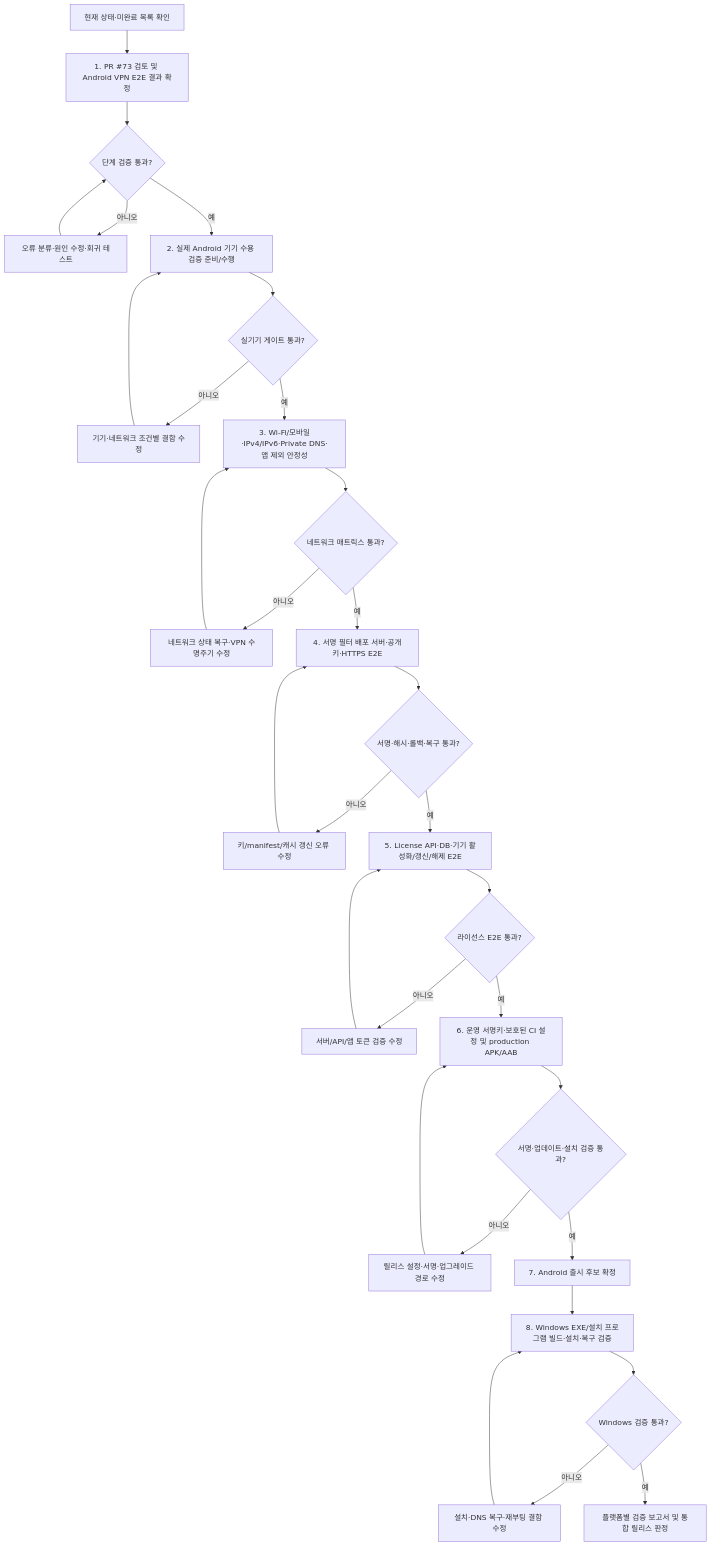
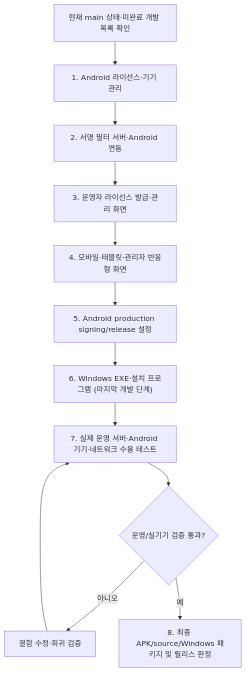
The first of 2 diagrams in docs/REMAINING_WORKFLOW_KO.md (justinhblee-prog/guardian), drawn with Mermaid before and after one commit. The commit also changed other lines of this file, not shown here.

````diff
--- a/docs/REMAINING_WORKFLOW_KO.md
+++ b/docs/REMAINING_WORKFLOW_KO.md
@@ -22,33 +23,14 @@
 ```mermaid
 flowchart TD
-    A["현재 상태·미완료 목록 확인"] --> B["1. PR #73 검토 및 Android VPN E2E 결과 확정"]
-    B --> C{"단계 검증 통과?"}
-    C -->|아니오| D["오류 분류·원인 수정·회귀 테스트"]
-    D --> C
-    C -->|예| E["2. 실제 Android 기기 수용 검증 준비/수행"]
-    E --> F{"실기기 게이트 통과?"}
-    F -->|아니오| G["기기·네트워크 조건별 결함 수정"]
-    G --> E
-    F -->|예| H["3. Wi-Fi/모바일·IPv4/IPv6·Private DNS·앱 제외 안정성"]
-    H --> I{"네트워크 매트릭스 통과?"}
-    I -->|아니오| J["네트워크 상태 복구·VPN 수명주기 수정"]
+    A["현재 main 상태·미완료 개발 목록 확인"] --> B["1. Android 라이선스·기기 관리"]
+    B --> C["2. 서명 필터 서버·Android 연동"]
+    C --> D["3. 운영자 라이선스 발급·관리 화면"]
+    D --> E["4. 모바일·태블릿·관리자 반응형 화면"]
+    E --> F["5. Android production signing/release 설정"]
+    F --> G["6. Windows EXE·설치 프로그램 (마지막 개발 단계)"]
+    G --> H["7. 실제 운영 서버·Android 기기·네트워크 수용 테스트"]
+    H --> I{"운영/실기기 검증 통과?"}
+    I -->|아니오| J["결함 수정·회귀 검증"]
     J --> H
-    I -->|예| K["4. 서명 필터 배포 서버·공개키·HTTPS E2E"]
-    K --> L{"서명·해시·롤백·복구 통과?"}
-    L -->|아니오| M["키/manifest/캐시 갱신 오류 수정"]
-    M --> K
-    L -->|예| N["5. License API·DB·기기 활성화/갱신/해제 E2E"]
-    N --> O{"라이선스 E2E 통과?"}
-    O -->|아니오| P["서버/API/앱 토큰 검증 수정"]
-    P --> N
-    O -->|예| Q["6. 운영 서명키·보호된 CI 설정 및 production APK/AAB"]
-    Q --> R{"서명·업데이트·설치 검증 통과?"}
-    R -->|아니오| S["릴리스 설정·서명·업그레이드 경로 수정"]
-    S --> Q
-    R -->|예| T["7. Android 출시 후보 확정"]
-    T --> U["8. Windows EXE/설치 프로그램 빌드·설치·복구 검증"]
-    U --> V{"Windows 검증 통과?"}
-    V -->|아니오| W["설치·DNS 복구·재부팅 결함 수정"]
-    W --> U
-    V -->|예| X["플랫폼별 검증 보고서 및 통합 릴리스 판정"]
+    I -->|예| K["8. 최종 APK/source/Windows 패키지 및 릴리스 판정"]
 ```
````
